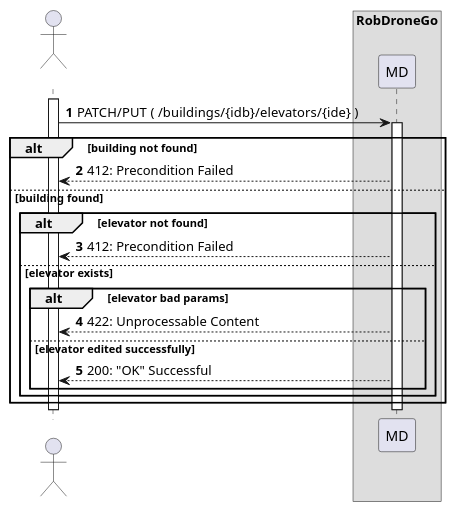
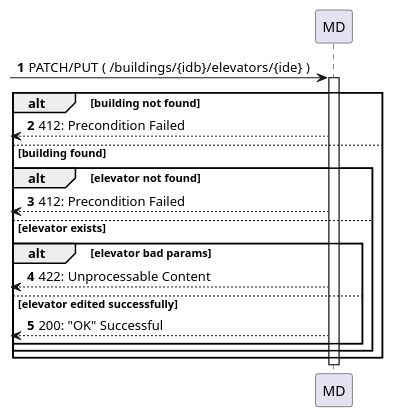
The diagram in docs/us280/level2/process-view.puml (Departamento-de-Engenharia-Informatica/lapr5-23-24-g19), drawn with PlantUML before and after one commit. The commit also changed 7 other files, not shown here.

```diff
--- a/docs/us280/level2/process-view.puml
+++ b/docs/us280/level2/process-view.puml
@@ -1,32 +1,30 @@
 @startuml
 autonumber
 
-actor " " as actor
-box "RobDroneGo"
+
 participant "MD" as mdr
 
-activate actor
-    actor -> mdr: PATCH/PUT  ( /buildings/{idb}/elevators/{ide} )
+
+    [-> mdr: PATCH/PUT  ( /buildings/{idb}/elevators/{ide} )
         activate mdr
 
             alt building not found
-                mdr --> actor : 412: Precondition Failed
+                [<-- mdr : 412: Precondition Failed
             else building found
 
                 alt elevator not found
-                mdr --> actor : 412: Precondition Failed
+                [<-- mdr : 412: Precondition Failed
                 else elevator exists
 
                     alt  elevator bad params
-                        mdr --> actor : 422: Unprocessable Content
+                        [<-- mdr : 422: Unprocessable Content
                     else elevator edited successfully
-                        mdr --> actor : 200: "OK" Successful
+                        [<-- mdr : 200: "OK" Successful
                     end
                 end
             end
 
             deactivate mdr
-deactivate actor
 
 
 @enduml
```
